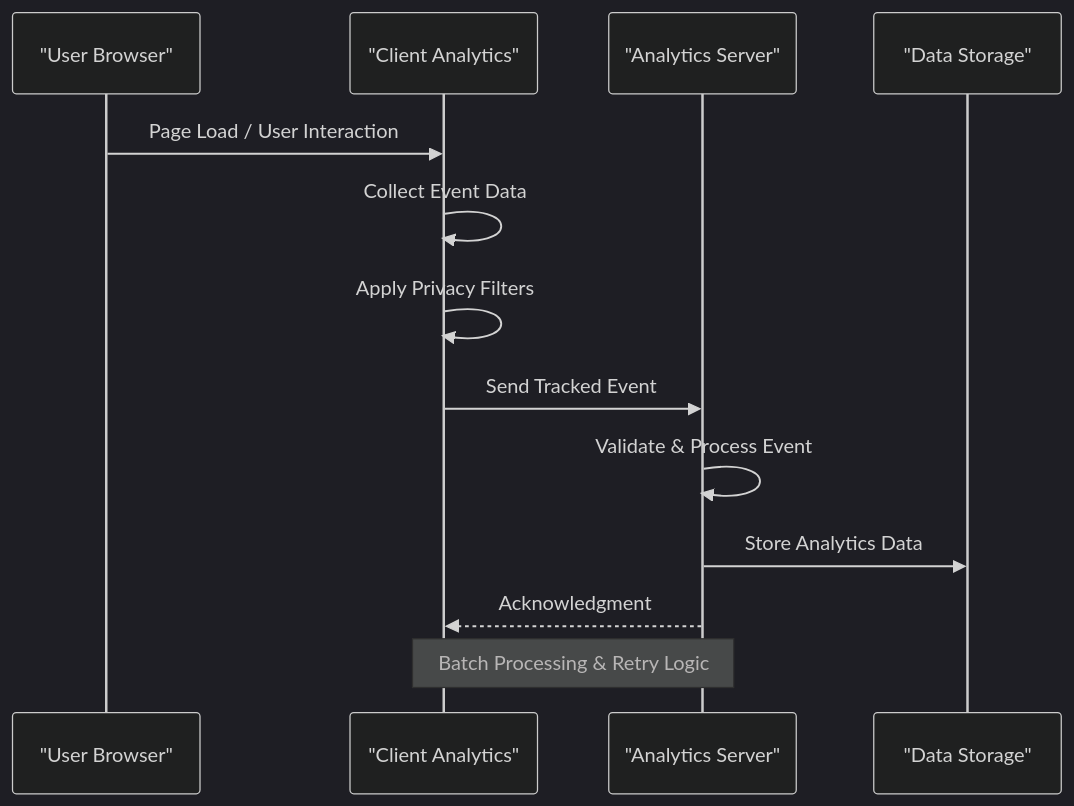
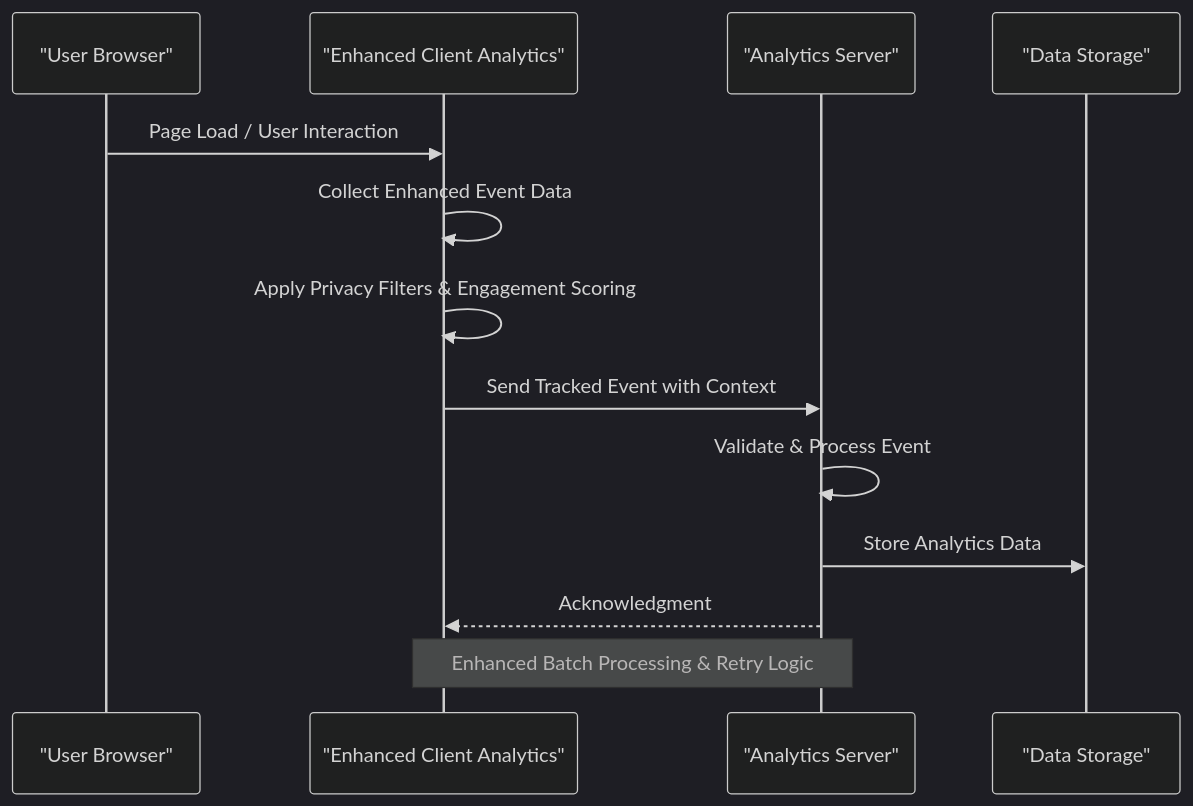
The second of 6 diagrams in .qoder/repowiki/en/content/Backend Services & API/Analytics & Tracking Services.md (Dunstun2/GeniusMind-Home-Schooling), drawn with Mermaid (dark theme) before and after one commit. The commit also changed other lines of this file and 42 other files, not shown here.

````diff
--- a/.qoder/repowiki/en/content/Backend Services & API/Analytics & Tracking Services.md
+++ b/.qoder/repowiki/en/content/Backend Services & API/Analytics & Tracking Services.md
@@ -95,15 +103,15 @@
 ```mermaid
 sequenceDiagram
 participant User as "User Browser"
-participant Client as "Client Analytics"
+participant Client as "Enhanced Client Analytics"
 participant Server as "Analytics Server"
 participant Storage as "Data Storage"
 User->>Client : Page Load / User Interaction
-Client->>Client : Collect Event Data
-Client->>Client : Apply Privacy Filters
-Client->>Server : Send Tracked Event
+Client->>Client : Collect Enhanced Event Data
+Client->>Client : Apply Privacy Filters & Engagement Scoring
+Client->>Server : Send Tracked Event with Context
 Server->>Server : Validate & Process Event
 Server->>Storage : Store Analytics Data
 Server-->>Client : Acknowledgment
-Note over Client,Server : Batch Processing & Retry Logic
+Note over Client,Server : Enhanced Batch Processing & Retry Logic
 ```
````
